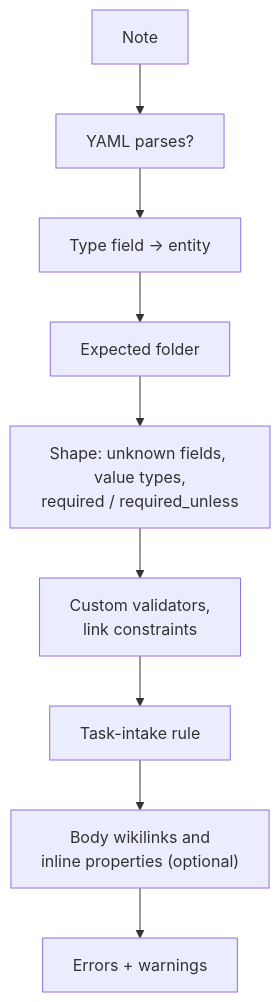
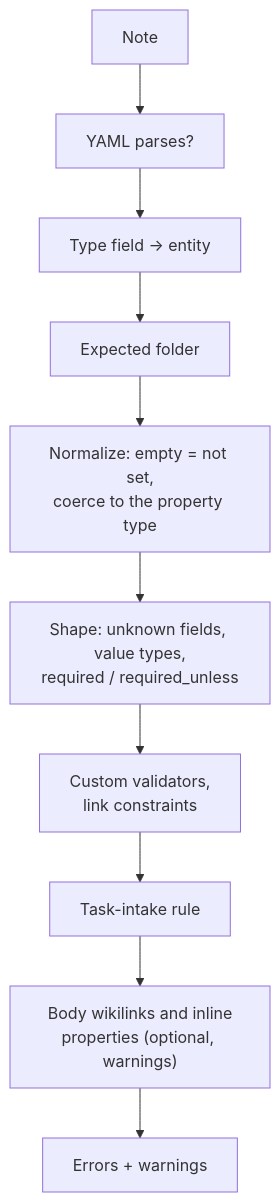
One commit to mishachepi/obsi-validate changed the third of 4 diagrams in docs/architecture.md. Above: the diagram before and after it, drawn with Mermaid. The commit also changed other lines of this file and 29 other files, not shown here.

Commit message:
feat: no stricter than mdbase — empty values are unset, mdbase-style coercion, body links warn (--strict-links for errors), template folders skipped, one set of readable messages for both engines

````diff
--- a/docs/architecture.md
+++ b/docs/architecture.md
@@ -50,11 +50,12 @@
 ```mermaid
 flowchart TB
     N["Note"] --> Y["YAML parses?"]
     Y --> T["Type field → entity"]
     T --> F["Expected folder"]
-    F --> SH["Shape: unknown fields, value types,<br/>required / required_unless"]
+    F --> NV["Normalize: empty = not set,<br/>coerce to the property type"]
+    NV --> SH["Shape: unknown fields, value types,<br/>required / required_unless"]
     SH --> B["Custom validators,<br/>link constraints"]
     B --> TI["Task-intake rule"]
-    TI --> L["Body wikilinks and<br/>inline properties (optional)"]
+    TI --> L["Body wikilinks and inline<br/>properties (optional, warnings)"]
     L --> R["Errors + warnings"]
 ```
````
